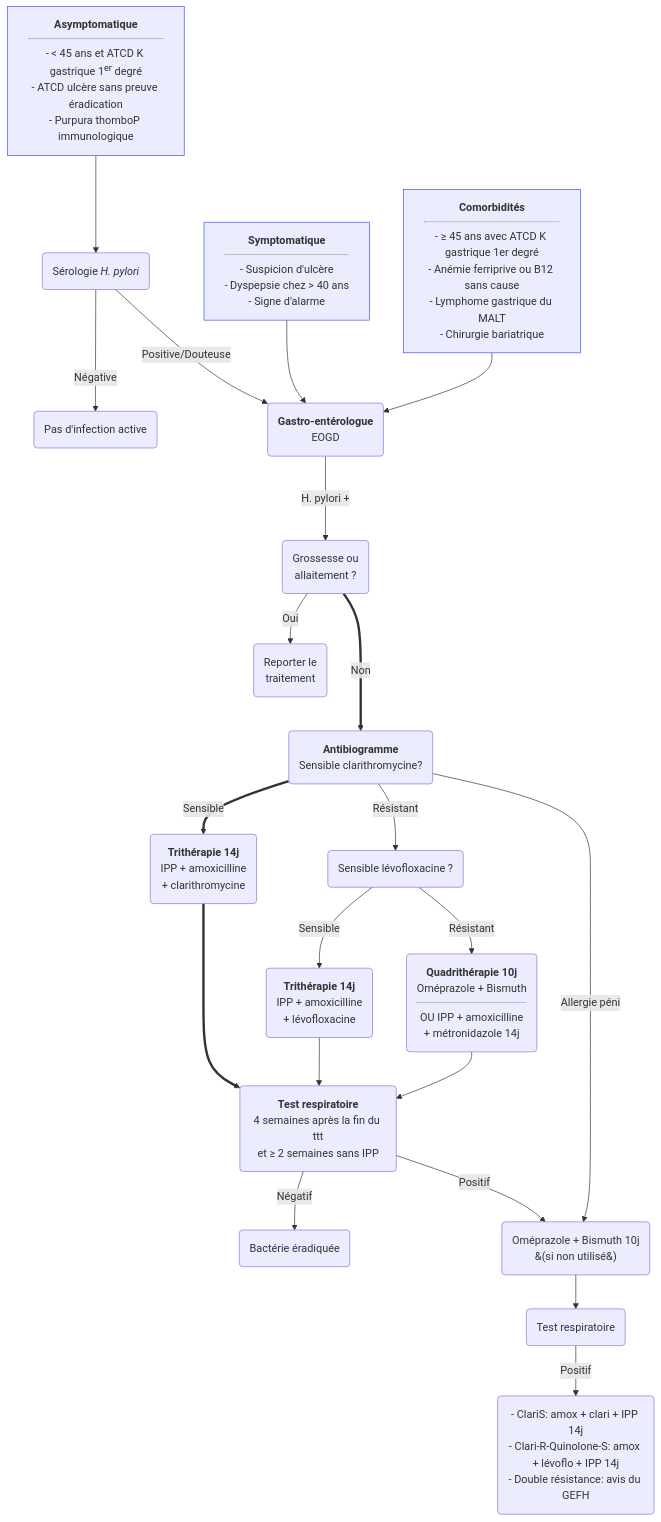
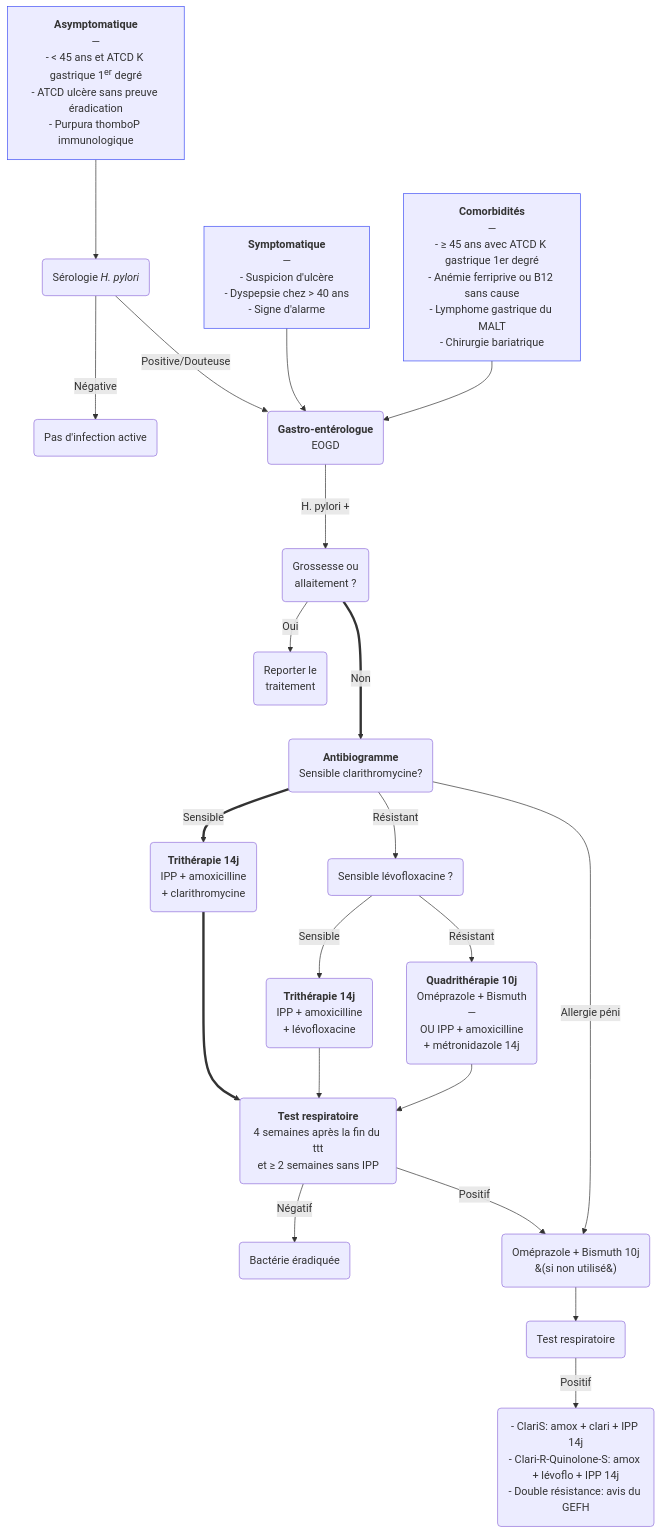
Before and after one commit to djibe/recommandations-medicales: the first of 2 diagrams in content/recommandations/helicobacter-pylori.md, drawn with Mermaid. The commit also changed other lines of this file and 51 other files, not shown here.

```diff
--- a/content/recommandations/helicobacter-pylori.md
+++ b/content/recommandations/helicobacter-pylori.md
@@ -427,25 +427,25 @@
 {{< mermaid title="Prise en charge de l'infection à Helicobacter pylori avec résultat d'antibiogramme. Dr JB Fron d'après GEFH 2021" >}}
 graph TB
 accTitle: Prise en charge de l'infection à Helicobacter pylori avec résultat d'antibiogramme d'après GEFH 2021
-  asymptomatique["<b>Asymptomatique</b><hr>- &lt; 45 ans et ATCD K gastrique 1<sup>er</sup> degré<br>- ATCD ulcère sans preuve éradication<br>- Purpura thomboP immunologique"] --> serologie("Sérologie <em>H. pylori</em> ")
+  asymptomatique["<b>Asymptomatique</b><br>—<br>- &lt; 45 ans et ATCD K gastrique 1<sup>er</sup> degré<br>- ATCD ulcère sans preuve éradication<br>- Purpura thomboP immunologique"] --> serologie("Sérologie <em>H. pylori</em> ")
   style asymptomatique stroke:#4150f5, stroke-width:1px
     serologie -- Négative --> indemne(Pas d'infection active)
     serologie -- Positive/Douteuse --> gastro
-  suspicion["<b>Symptomatique</b><hr>- Suspicion d'ulcère<br>- Dyspepsie chez &gt; 40 ans<br>- Signe d'alarme"] --> gastro("<b>Gastro-entérologue</b><br>EOGD")
+  suspicion["<b>Symptomatique</b><br>—<br>- Suspicion d'ulcère<br>- Dyspepsie chez &gt; 40 ans<br>- Signe d'alarme"] --> gastro("<b>Gastro-entérologue</b><br>EOGD")
   style suspicion stroke:#4150f5, stroke-width:1px
-  suspect["<b>Comorbidités</b><hr>- ≥ 45 ans avec ATCD K gastrique 1er degré<br>- Anémie ferriprive ou B12 sans cause<br>- Lymphome gastrique du MALT<br>- Chirurgie bariatrique"] --> gastro
+  suspect["<b>Comorbidités</b><br>—<br>- ≥ 45 ans avec ATCD K gastrique 1er degré<br>- Anémie ferriprive ou B12 sans cause<br>- Lymphome gastrique du MALT<br>- Chirurgie bariatrique"] --> gastro
   style suspect stroke:#4150f5, stroke-width:1px
     gastro -- H. pylori + ---> grossesse("Grossesse ou<br>allaitement ?")
       grossesse == Non ===> antibiogramme("<b>Antibiogramme</b><br>Sensible clarithromycine?")
         antibiogramme == Sensible ==> triAmox("<b>Trithérapie 14j</b><br>IPP + amoxicilline<br>+ clarithromycine")
           triAmox ===> controle("<b>Test respiratoire</b><br>4 semaines après la fin du ttt<br>et ≥ 2 semaines sans IPP")
         antibiogramme -- Résistant --> levofloS("Sensible lévofloxacine ?")
           levofloS -- Sensible --> levoflo("<b>Trithérapie 14j</b><br>IPP + amoxicilline<br>+ lévofloxacine") --> controle
-          levofloS -- Résistant --> levofloR("<b>Quadrithérapie 10j</b><br>Oméprazole + Bismuth<hr>OU IPP + amoxicilline<br>+ métronidazole 14j") --> controle
+          levofloS -- Résistant --> levofloR("<b>Quadrithérapie 10j</b><br>Oméprazole + Bismuth<br>—<br>OU IPP + amoxicilline<br>+ métronidazole 14j") --> controle
           controle -- Négatif --> ok(Bactérie éradiquée)
           controle -- Positif --> bismuth("Oméprazole + Bismuth 10j<br>&#40;si non utilisé&#41;")
             bismuth --> controle2(Test respiratoire)
               controle2 -- Positif --> final("- ClariS: amox + clari + IPP 14j<br>- Clari-R-Quinolone-S: amox + lévoflo + IPP 14j<br>- Double résistance: avis du GEFH")
         antibiogramme -- Allergie péni --> bismuth
       grossesse -- Oui --> reporter(Reporter le<br>traitement)
 {{< /mermaid >}}
```
